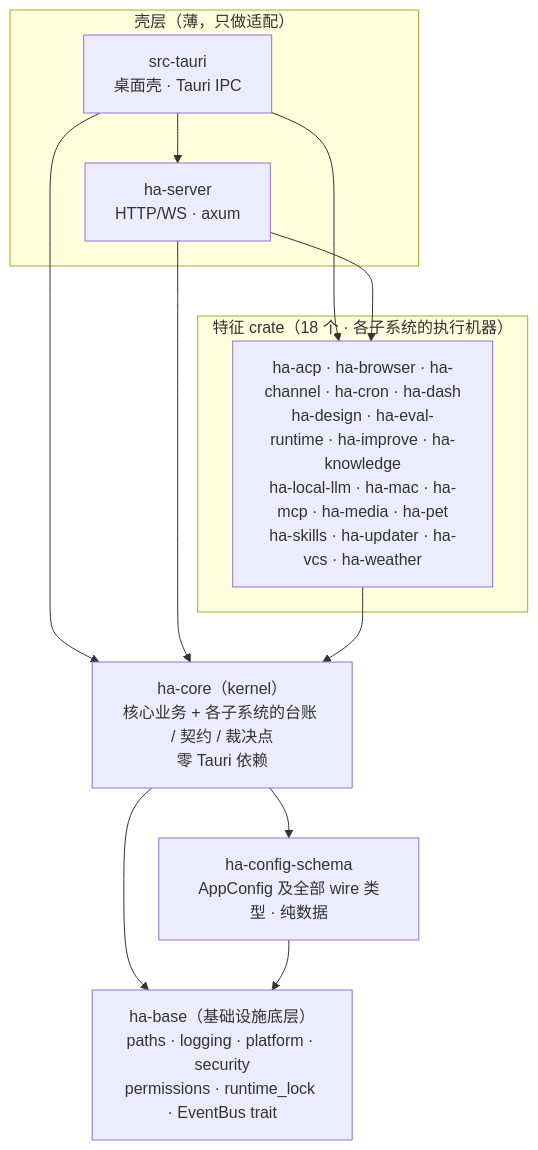
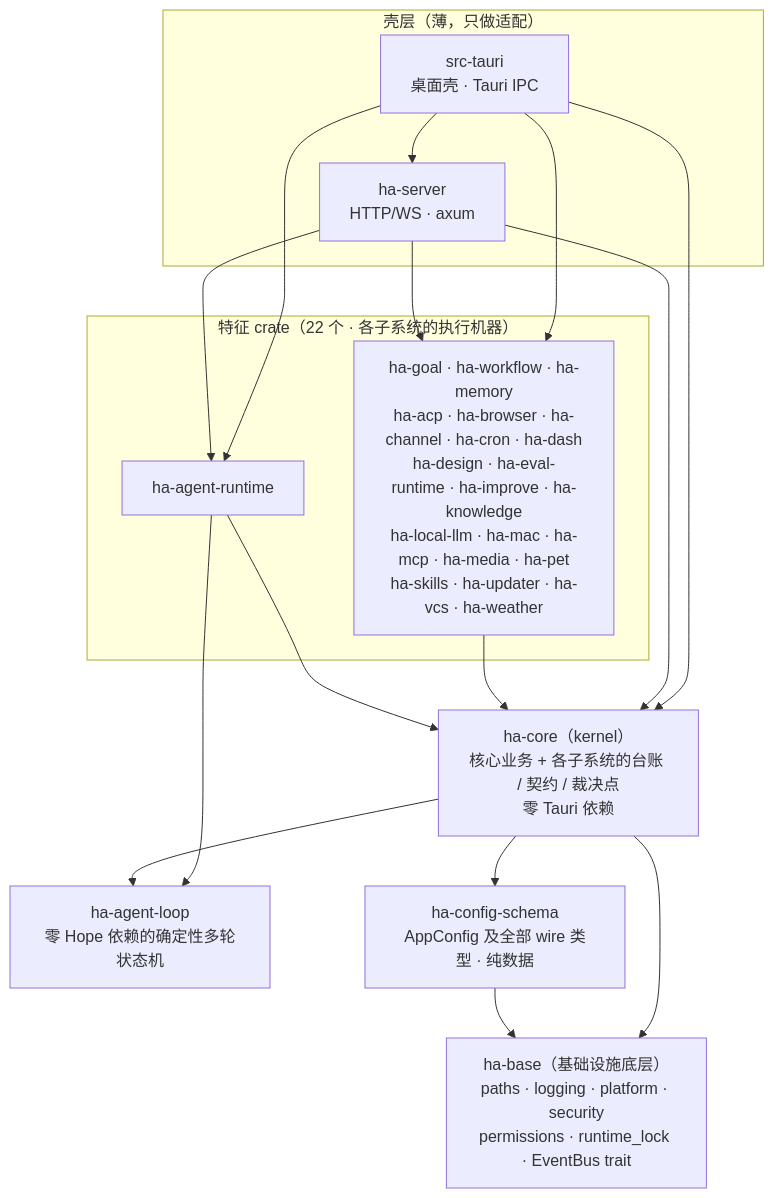
Before and after one commit to shiwenwen/hope-agent: the first of 6 diagrams in docs/architecture/system/backend-separation.md, drawn with Mermaid. The commit also changed other lines of this file and 230 other files, not shown here.

Commit message:
🦭 refactor: converge agent kernel and execution runtimes

````diff
--- a/docs/architecture/system/backend-separation.md
+++ b/docs/architecture/system/backend-separation.md
@@ -23,23 +23,30 @@
 ```mermaid
 graph TD
     subgraph shells["壳层（薄，只做适配）"]
         TAURI["src-tauri<br/>桌面壳 · Tauri IPC"]
         SERVER["ha-server<br/>HTTP/WS · axum"]
     end
-    subgraph features["特征 crate（18 个 · 各子系统的执行机器）"]
-        FEAT["ha-acp · ha-browser · ha-channel · ha-cron · ha-dash<br/>ha-design · ha-eval-runtime · ha-improve · ha-knowledge<br/>ha-local-llm · ha-mac · ha-mcp · ha-media · ha-pet<br/>ha-skills · ha-updater · ha-vcs · ha-weather"]
+    subgraph features["特征 crate（22 个 · 各子系统的执行机器）"]
+        RUNTIME["ha-agent-runtime"]
+        FEAT["ha-goal · ha-workflow · ha-memory<br/>ha-acp · ha-browser · ha-channel · ha-cron · ha-dash<br/>ha-design · ha-eval-runtime · ha-improve · ha-knowledge<br/>ha-local-llm · ha-mac · ha-mcp · ha-media · ha-pet<br/>ha-skills · ha-updater · ha-vcs · ha-weather"]
     end
     KERNEL["ha-core（kernel）<br/>核心业务 + 各子系统的台账 / 契约 / 裁决点<br/>零 Tauri 依赖"]
+    LOOP["ha-agent-loop<br/>零 Hope 依赖的确定性多轮状态机"]
     SCHEMA["ha-config-schema<br/>AppConfig 及全部 wire 类型 · 纯数据"]
     BASE["ha-base（基础设施底层）<br/>paths · logging · platform · security<br/>permissions · runtime_lock · EventBus trait"]
 
     TAURI --> SERVER
     TAURI --> FEAT
+    TAURI --> RUNTIME
     TAURI --> KERNEL
     SERVER --> FEAT
+    SERVER --> RUNTIME
     SERVER --> KERNEL
     FEAT --> KERNEL
+    RUNTIME --> KERNEL
+    RUNTIME --> LOOP
+    KERNEL --> LOOP
     KERNEL --> SCHEMA
     KERNEL --> BASE
     SCHEMA --> BASE
 ```
````
